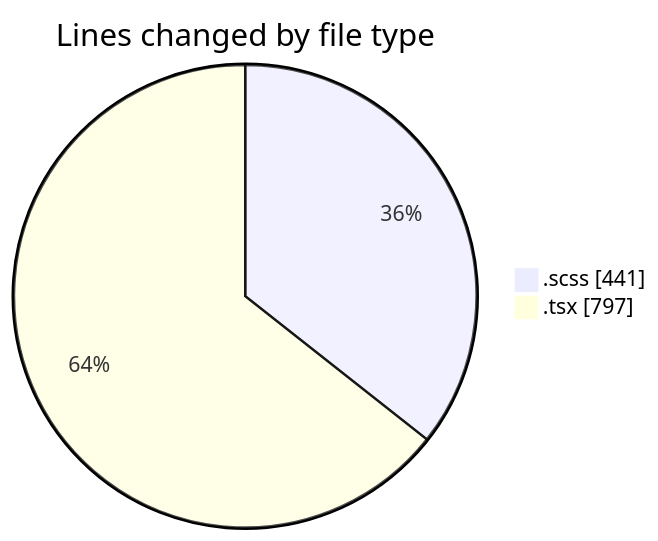
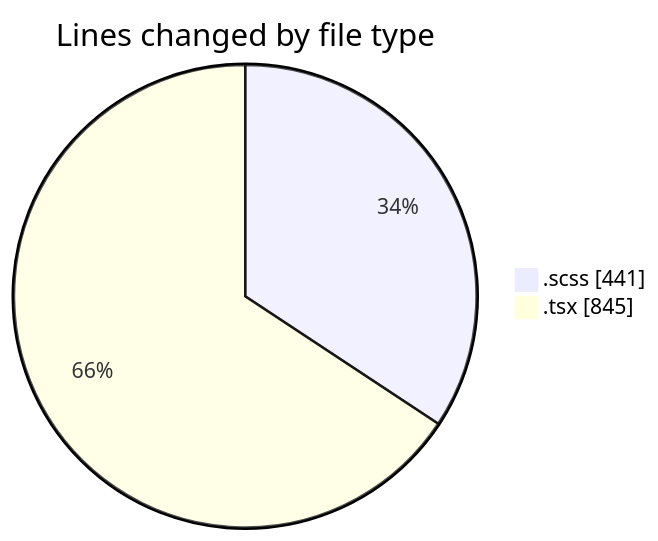
One commit to momahboobian/code-tracking changed the first of 2 diagrams in 2025-03-28/cda/README.md. Above: the diagram before and after it, drawn with Mermaid. The commit also changed other lines of this file and 1 other file, not shown here.

````diff
--- a/2025-03-28/cda/README.md
+++ b/2025-03-28/cda/README.md
@@ -23,6 +23,6 @@
 ```mermaid
 pie showData
 title Lines changed by file type
 ".scss" : 441
-".tsx" : 797
+".tsx" : 845
 ```
````
